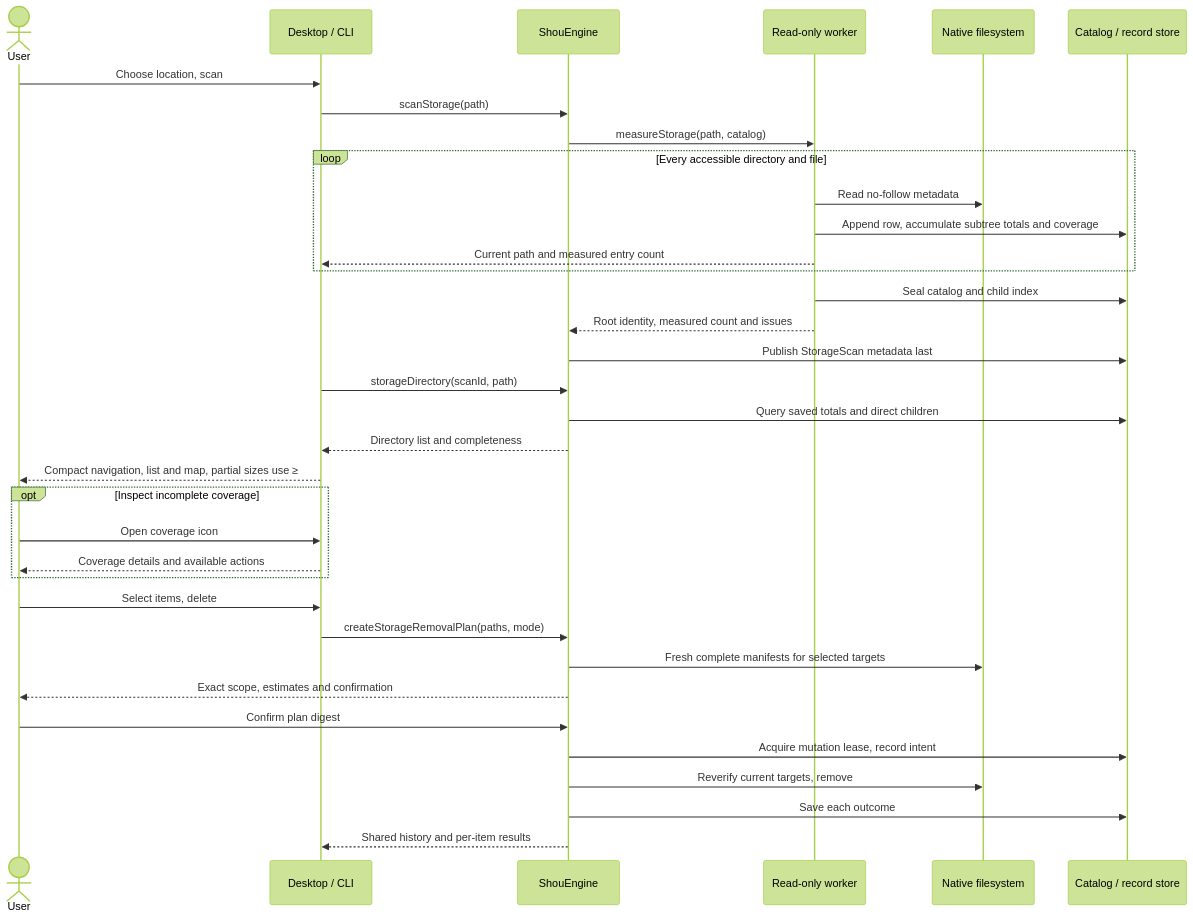
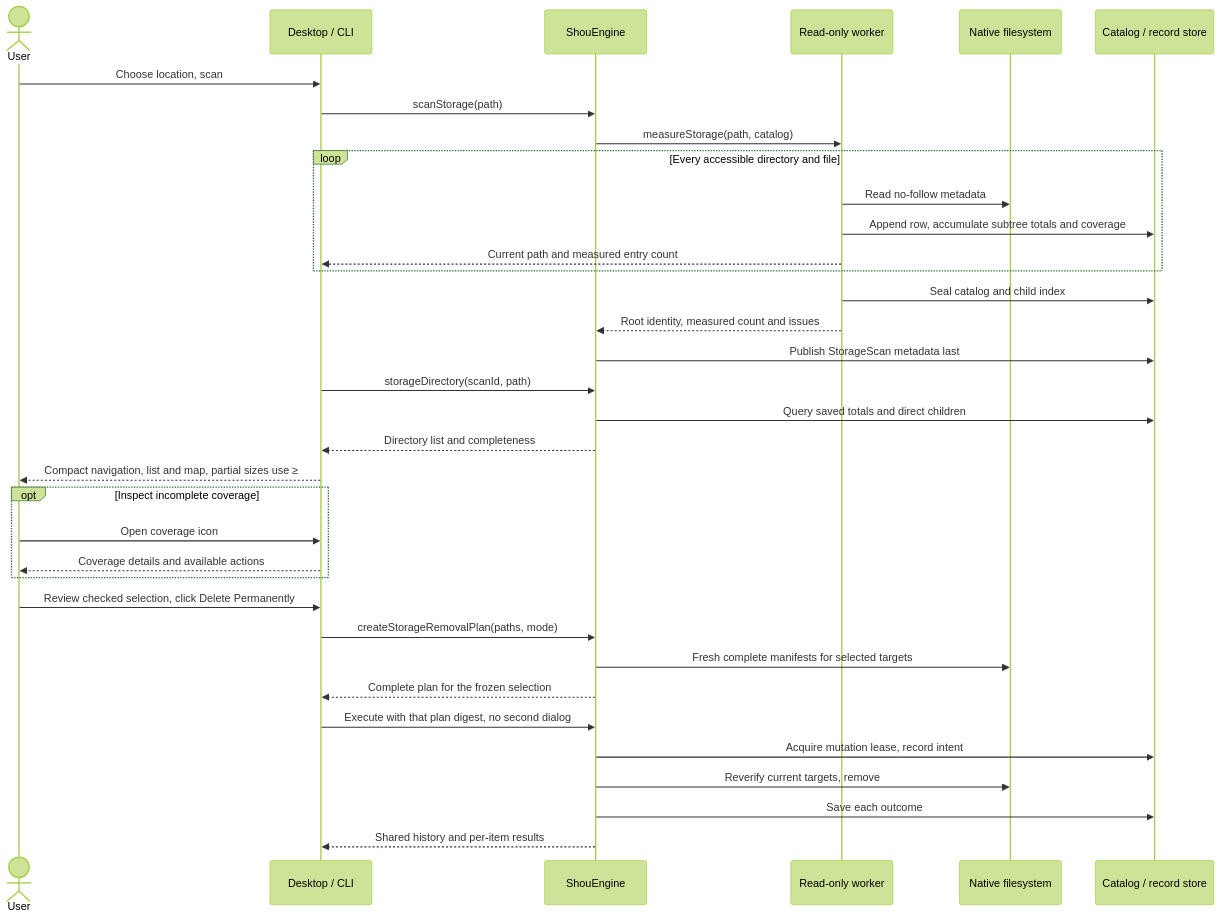
Before and after one commit to limecloud/shou: the third of 5 diagrams in docs/product/space-analysis.md, drawn with Mermaid (forest theme). The commit also changed other lines of this file and 297 other files, not shown here.

Commit message:
Release v0.12.0 native architecture and platform npm distribution

````diff
--- a/docs/product/space-analysis.md
+++ b/docs/product/space-analysis.md
@@ -60,37 +62,37 @@
 ```mermaid
 sequenceDiagram
   actor User
   participant UI as Desktop / CLI
   participant Engine as ShouEngine
   participant Worker as Read-only worker
   participant FS as Native filesystem
   participant Store as Catalog / record store
   User->>UI: Choose location, scan
   UI->>Engine: scanStorage(path)
   Engine->>Worker: measureStorage(path, catalog)
   loop Every accessible directory and file
     Worker->>FS: Read no-follow metadata
     Worker->>Store: Append row, accumulate subtree totals and coverage
     Worker-->>UI: Current path and measured entry count
   end
   Worker->>Store: Seal catalog and child index
   Worker-->>Engine: Root identity, measured count and issues
   Engine->>Store: Publish StorageScan metadata last
   UI->>Engine: storageDirectory(scanId, path)
   Engine->>Store: Query saved totals and direct children
   Engine-->>UI: Directory list and completeness
   UI-->>User: Compact navigation, list and map, partial sizes use ≥
   opt Inspect incomplete coverage
     User->>UI: Open coverage icon
     UI-->>User: Coverage details and available actions
   end
-  User->>UI: Select items, delete
+  User->>UI: Review checked selection, click Delete Permanently
   UI->>Engine: createStorageRemovalPlan(paths, mode)
   Engine->>FS: Fresh complete manifests for selected targets
-  Engine-->>User: Exact scope, estimates and confirmation
-  User->>Engine: Confirm plan digest
+  Engine-->>UI: Complete plan for the frozen selection
+  UI->>Engine: Execute with that plan digest, no second dialog
   Engine->>Store: Acquire mutation lease, record intent
   Engine->>FS: Reverify current targets, remove
   Engine->>Store: Save each outcome
   Engine-->>UI: Shared history and per-item results
 ```
````
